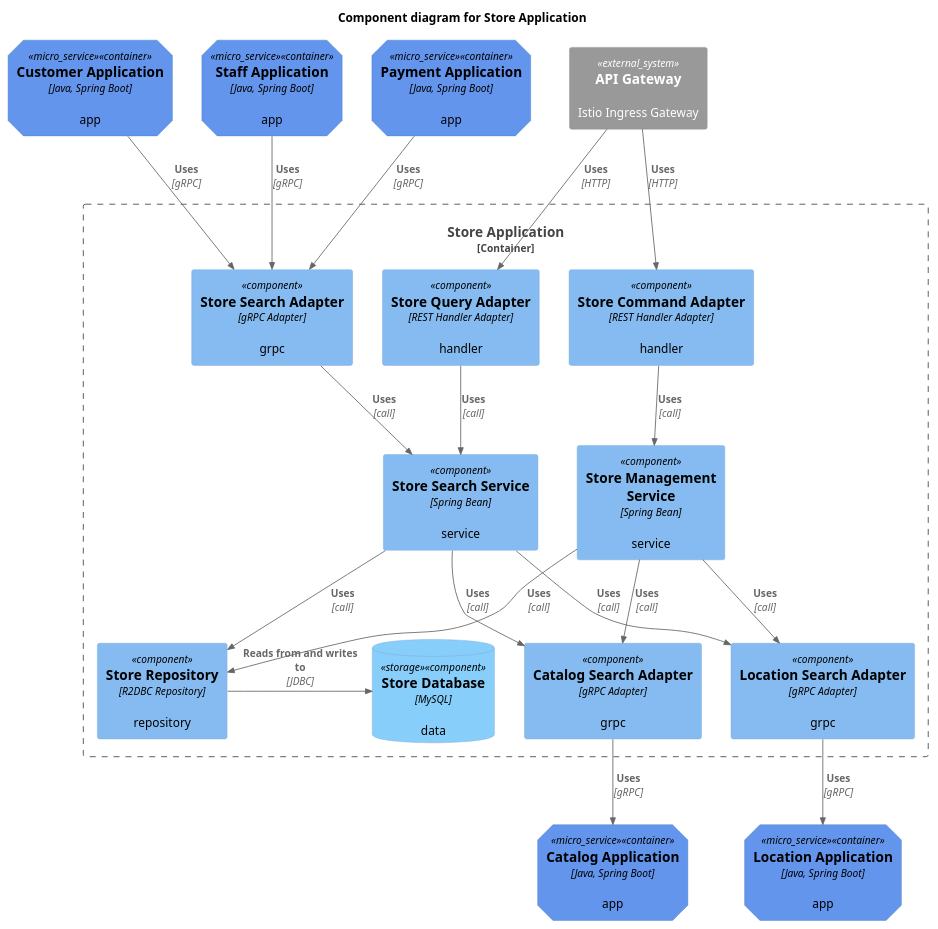
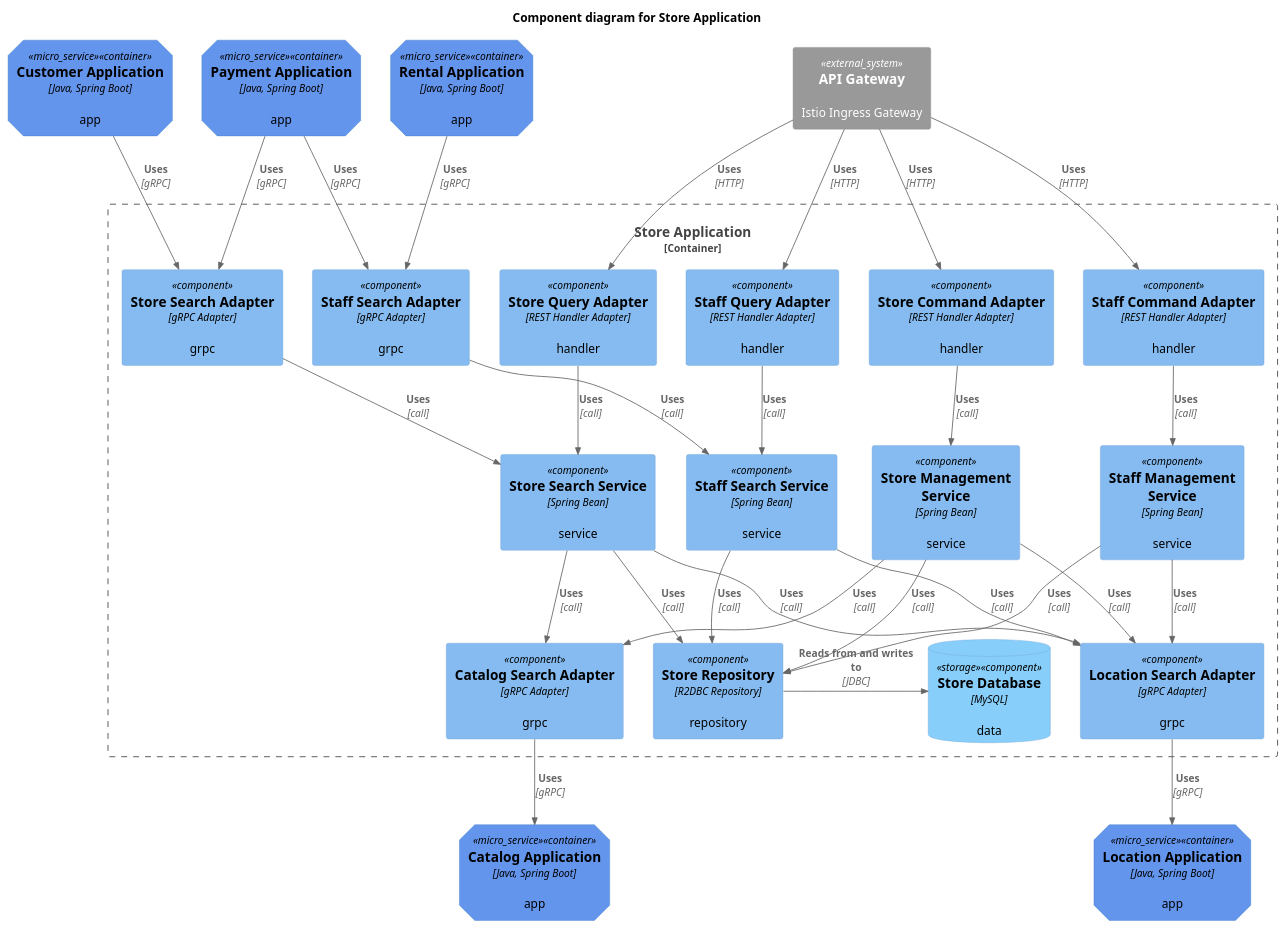
Before and after one commit to codejsha/sakila-microservices: the diagram in diagram/component/store-application.puml, drawn with PlantUML. The commit also changed 33 other files, not shown here.

Commit message:
update architecture

```diff
--- a/diagram/component/store-application.puml
+++ b/diagram/component/store-application.puml
@@ -1,52 +1,69 @@
 @startuml "store-application"
 !include https://raw.githubusercontent.com/plantuml-stdlib/C4-PlantUML/master/C4_Component.puml
 
 AddElementTag("micro_service", $shape=EightSidedShape(), $bgColor="CornflowerBlue", $fontColor="black", $legendText="micro service\neight sided")
 AddElementTag("storage", $shape=RoundedBoxShape(), $bgColor="lightSkyBlue", $fontColor="black")
 
 title Component diagram for Store Application
 
 Container(customer_app, "Customer Application", "Java, Spring Boot", "app", $tags = "micro_service")
-Container(staff_app, "Staff Application", "Java, Spring Boot", "app", $tags = "micro_service")
+Container(rental_app, "Rental Application", "Java, Spring Boot", "app", $tags = "micro_service")
 Container(payment_app, "Payment Application", "Java, Spring Boot", "app", $tags = "micro_service")
 Container(catalog_app, "Catalog Application", "Java, Spring Boot", "app", $tags = "micro_service")
 Container(location_app, "Location Application", "Java, Spring Boot", "app", $tags = "micro_service")
 System_Ext(ingress_gateway, "API Gateway", "Istio Ingress Gateway")
 
 Container_Boundary(store_app, "Store Application") {
-    Component(command_adapter, "Store Command Adapter", "REST Handler Adapter", "handler")
-    Component(query_adapter, "Store Query Adapter", "REST Handler Adapter", "handler")
+    Component(store_command_adapter, "Store Command Adapter", "REST Handler Adapter", "handler")
+    Component(store_query_adapter, "Store Query Adapter", "REST Handler Adapter", "handler")
     Component(store_search_adapter, "Store Search Adapter", "gRPC Adapter", "grpc")
+
+    Component(staff_command_adapter, "Staff Command Adapter", "REST Handler Adapter", "handler")
+    Component(staff_query_adapter, "Staff Query Adapter", "REST Handler Adapter", "handler")
+    Component(staff_search_adapter, "Staff Search Adapter", "gRPC Adapter", "grpc")
+
     Component(catalog_search_adapter, "Catalog Search Adapter", "gRPC Adapter", "grpc")
     Component(location_search_adapter, "Location Search Adapter", "gRPC Adapter", "grpc")
 
     Component(store_mgmt_service, "Store Management Service", "Spring Bean", "service")
     Component(store_search_service, "Store Search Service", "Spring Bean", "service")
+    Component(staff_mgmt_service, "Staff Management Service", "Spring Bean", "service")
+    Component(staff_search_service, "Staff Search Service", "Spring Bean", "service")
 
     Component(store_repository, "Store Repository", "R2DBC Repository", "repository")
     ComponentDb(store_db, "Store Database", "MySQL", "data", $tags = "storage")
 
-    Rel(command_adapter, store_mgmt_service, "Uses", "call")
-    Rel(query_adapter, store_search_service, "Uses", "call")
+    Rel(store_command_adapter, store_mgmt_service, "Uses", "call")
+    Rel(store_query_adapter, store_search_service, "Uses", "call")
     Rel(store_search_adapter, store_search_service, "Uses", "call")
+    Rel(staff_command_adapter, staff_mgmt_service, "Uses", "call")
+    Rel(staff_query_adapter, staff_search_service, "Uses", "call")
+    Rel(staff_search_adapter, staff_search_service, "Uses", "call")
 
     Rel(store_mgmt_service, store_repository, "Uses", "call")
     Rel(store_mgmt_service, catalog_search_adapter, "Uses", "call")
     Rel(store_mgmt_service, location_search_adapter, "Uses", "call")
     Rel(store_search_service, store_repository, "Uses", "call")
     Rel(store_search_service, catalog_search_adapter, "Uses", "call")
     Rel(store_search_service, location_search_adapter, "Uses", "call")
+    Rel(staff_mgmt_service, store_repository, "Uses", "call")
+    Rel(staff_mgmt_service, location_search_adapter, "Uses", "call")
+    Rel(staff_search_service, store_repository, "Uses", "call")
+    Rel(staff_search_service, location_search_adapter, "Uses", "call")
 
     Rel_R(store_repository, store_db, "Reads from and writes to", "JDBC")
 }
 
 Rel(customer_app, store_search_adapter, "Uses", "gRPC")
-Rel(staff_app, store_search_adapter, "Uses", "gRPC")
+Rel(rental_app, staff_search_adapter, "Uses", "gRPC")
 Rel(payment_app, store_search_adapter, "Uses", "gRPC")
-Rel(ingress_gateway, command_adapter, "Uses", "HTTP")
-Rel(ingress_gateway, query_adapter, "Uses", "HTTP")
+Rel(payment_app, staff_search_adapter, "Uses", "gRPC")
+Rel(ingress_gateway, store_command_adapter, "Uses", "HTTP")
+Rel(ingress_gateway, store_query_adapter, "Uses", "HTTP")
+Rel(ingress_gateway, staff_command_adapter, "Uses", "HTTP")
+Rel(ingress_gateway, staff_query_adapter, "Uses", "HTTP")
 
 Rel(catalog_search_adapter, catalog_app, "Uses", "gRPC")
 Rel(location_search_adapter, location_app, "Uses", "gRPC")
 
 @enduml
```
